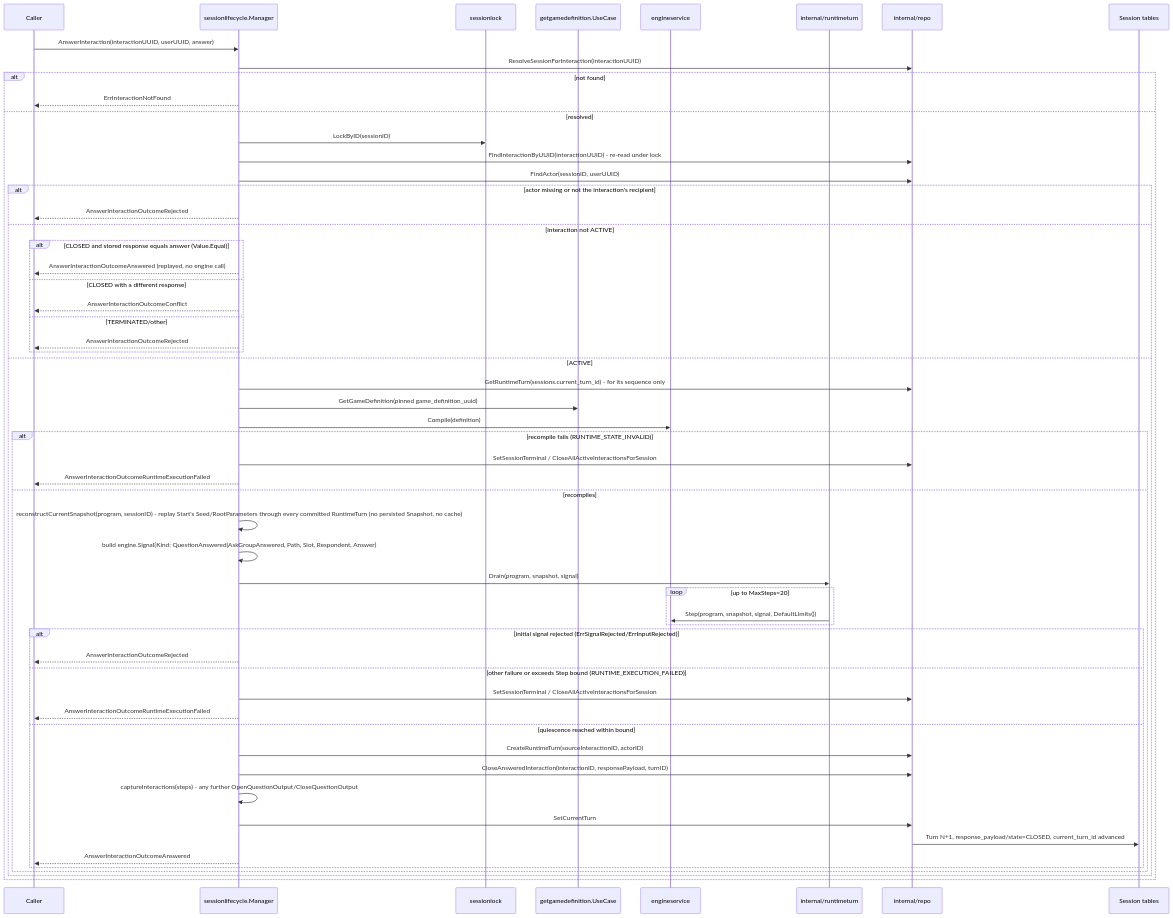
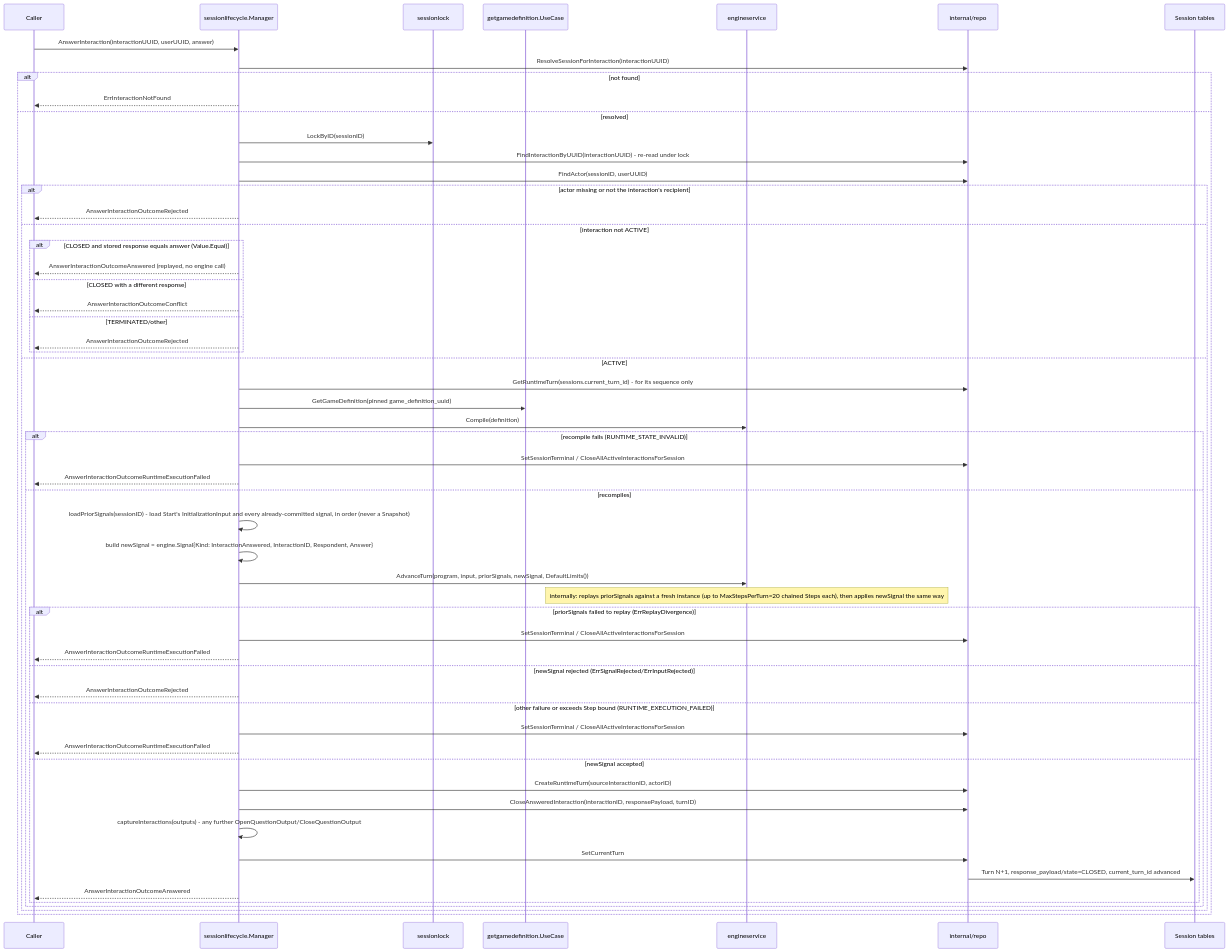
The fourth of 4 diagrams in game/docs/FLOWS.md (diegobermudez03/playhoot), drawn with Mermaid before and after one commit. The commit also changed other lines of this file and 49 other files, not shown here.

````diff
--- a/game/docs/FLOWS.md
+++ b/game/docs/FLOWS.md
@@ -155,60 +151,60 @@
 ```mermaid
 sequenceDiagram
     participant Caller
     participant Mgr as sessionlifecycle.Manager
     participant Lock as sessionlock
     participant GetDef as getgamedefinition.UseCase
     participant Engine as engineservice
-    participant Drain as internal/runtimeturn
     participant Repo as internal/repo
     participant DB as Session tables
 
     Caller->>Mgr: AnswerInteraction(interactionUUID, userUUID, answer)
     Mgr->>Repo: ResolveSessionForInteraction(interactionUUID)
     alt not found
         Mgr-->>Caller: ErrInteractionNotFound
     else resolved
         Mgr->>Lock: LockByID(sessionID)
         Mgr->>Repo: FindInteractionByUUID(interactionUUID) - re-read under lock
         Mgr->>Repo: FindActor(sessionID, userUUID)
         alt actor missing or not the interaction's recipient
             Mgr-->>Caller: AnswerInteractionOutcomeRejected
         else interaction not ACTIVE
             alt CLOSED and stored response equals answer (Value.Equal)
                 Mgr-->>Caller: AnswerInteractionOutcomeAnswered (replayed, no engine call)
             else CLOSED with a different response
                 Mgr-->>Caller: AnswerInteractionOutcomeConflict
             else TERMINATED/other
                 Mgr-->>Caller: AnswerInteractionOutcomeRejected
             end
         else ACTIVE
             Mgr->>Repo: GetRuntimeTurn(sessions.current_turn_id) - for its sequence only
             Mgr->>GetDef: GetGameDefinition(pinned game_definition_uuid)
             Mgr->>Engine: Compile(definition)
             alt recompile fails (RUNTIME_STATE_INVALID)
                 Mgr->>Repo: SetSessionTerminal / CloseAllActiveInteractionsForSession
                 Mgr-->>Caller: AnswerInteractionOutcomeRuntimeExecutionFailed
             else recompiles
-                Mgr->>Mgr: reconstructCurrentSnapshot(program, sessionID) - replay Start's Seed/RootParameters through every committed RuntimeTurn (no persisted Snapshot, no cache)
-                Mgr->>Mgr: build engine.Signal{Kind: QuestionAnswered|AskGroupAnswered, Path, Slot, Respondent, Answer}
-                Mgr->>Drain: Drain(program, snapshot, signal)
-                loop up to MaxSteps=20
-                    Drain->>Engine: Step(program, snapshot, signal, DefaultLimits())
-                end
-                alt initial signal rejected (ErrSignalRejected/ErrInputRejected)
+                Mgr->>Mgr: loadPriorSignals(sessionID) - load Start's InitializationInput and every already-committed signal, in order (never a Snapshot)
+                Mgr->>Mgr: build newSignal = engine.Signal{Kind: InteractionAnswered, InteractionID, Respondent, Answer}
+                Mgr->>Engine: AdvanceTurn(program, input, priorSignals, newSignal, DefaultLimits())
+                note over Engine: internally: replays priorSignals against a fresh instance (up to MaxStepsPerTurn=20 chained Steps each), then applies newSignal the same way
+                alt priorSignals failed to replay (ErrReplayDivergence)
+                    Mgr->>Repo: SetSessionTerminal / CloseAllActiveInteractionsForSession
+                    Mgr-->>Caller: AnswerInteractionOutcomeRuntimeExecutionFailed
+                else newSignal rejected (ErrSignalRejected/ErrInputRejected)
                     Mgr-->>Caller: AnswerInteractionOutcomeRejected
                 else other failure or exceeds Step bound (RUNTIME_EXECUTION_FAILED)
                     Mgr->>Repo: SetSessionTerminal / CloseAllActiveInteractionsForSession
                     Mgr-->>Caller: AnswerInteractionOutcomeRuntimeExecutionFailed
-                else quiescence reached within bound
+                else newSignal accepted
                     Mgr->>Repo: CreateRuntimeTurn(sourceInteractionID, actorID)
                     Mgr->>Repo: CloseAnsweredInteraction(interactionID, responsePayload, turnID)
-                    Mgr->>Mgr: captureInteractions(steps) - any further OpenQuestionOutput/CloseQuestionOutput
+                    Mgr->>Mgr: captureInteractions(outputs) - any further OpenQuestionOutput/CloseQuestionOutput
                     Mgr->>Repo: SetCurrentTurn
                     Repo->>DB: Turn N+1, response_payload/state=CLOSED, current_turn_id advanced
                     Mgr-->>Caller: AnswerInteractionOutcomeAnswered
                 end
             end
         end
     end
 ```
````
